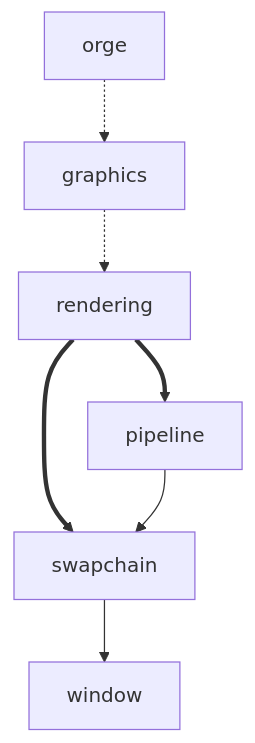
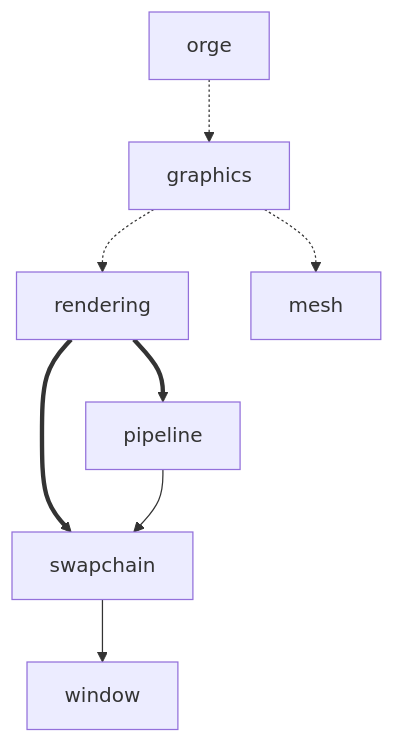
One commit to Tengu712/orge changed the diagram in docs/ARCHITECTURE.md. Above: the diagram before and after it, drawn with Mermaid. The commit also changed 8 other files, not shown here.

````diff
--- a/docs/ARCHITECTURE.md
+++ b/docs/ARCHITECTURE.md
@@ -5,9 +5,10 @@
 ```mermaid
 graph TD
     orge -.-> graphics
     graphics -.-> rendering
+    graphics -.-> mesh
     rendering ==> swapchain
     rendering ==> pipeline
     swapchain --> window
     pipeline --> swapchain
 ```
````
